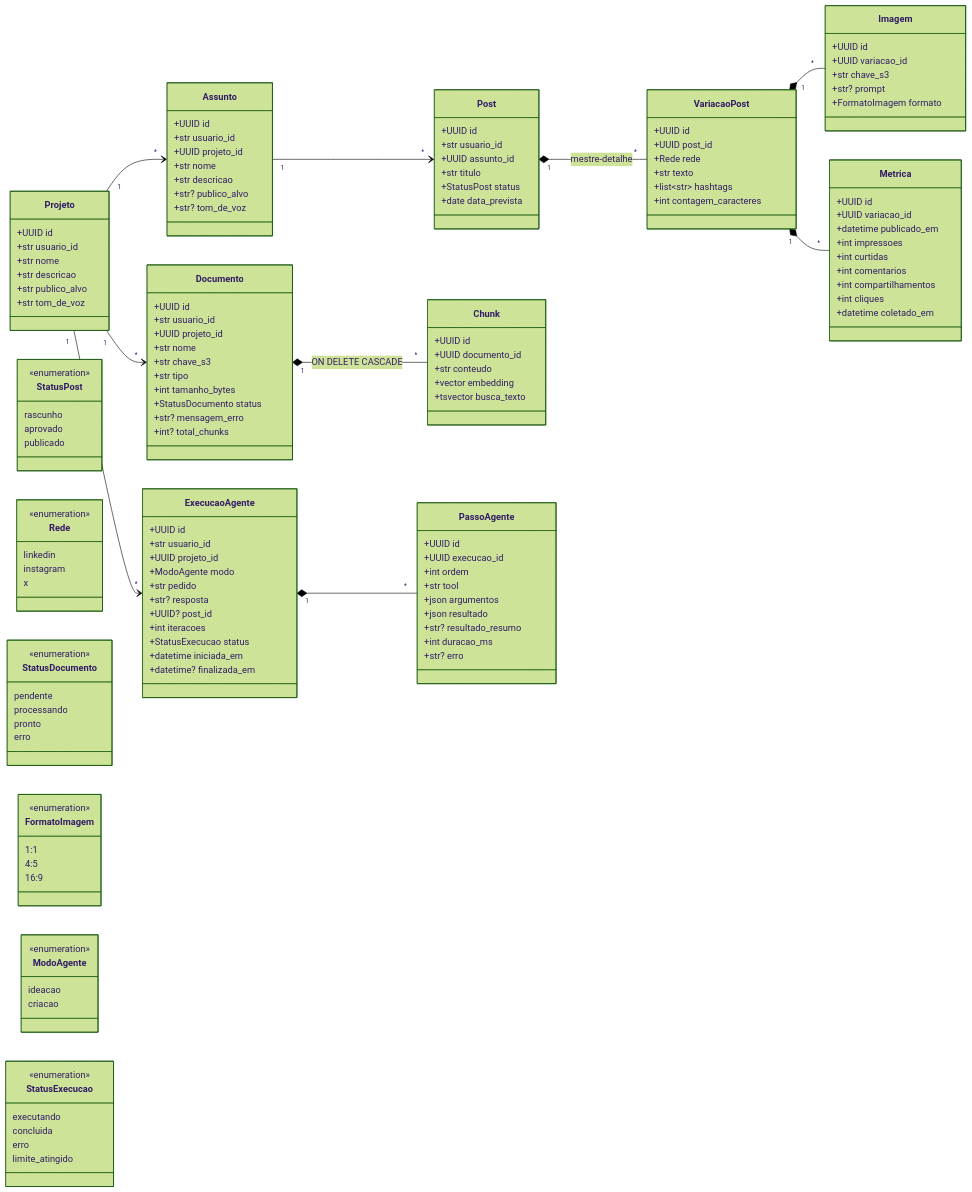
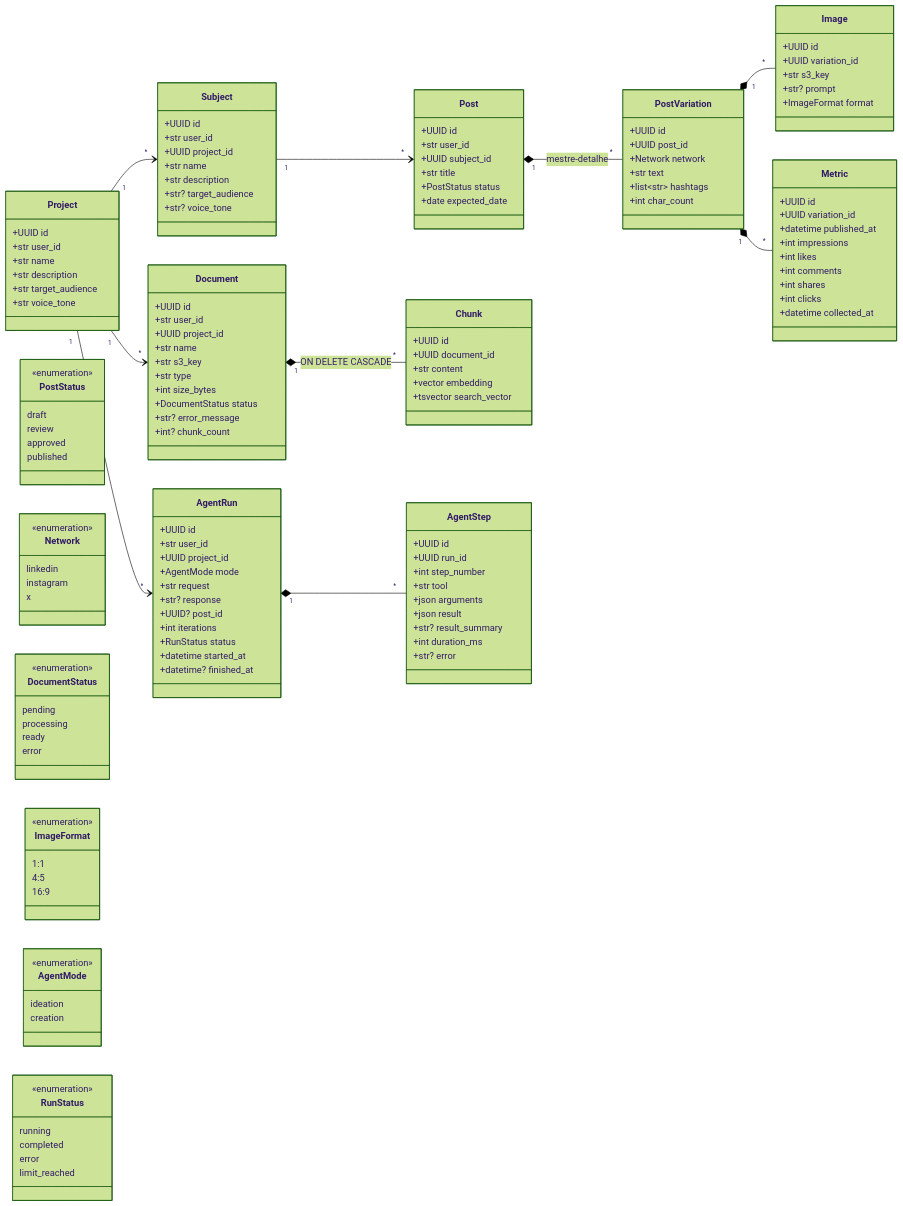
Before and after one commit to JonasRocha189/postpilot-ai: the diagram in _docs/modelo-de-dados.md, drawn with Mermaid (forest theme). The commit also changed other lines of this file and 27 other files, not shown here.

````diff
--- a/_docs/modelo-de-dados.md
+++ b/_docs/modelo-de-dados.md
@@ -12,160 +29,161 @@
 classDiagram
     direction LR
 
-    class Projeto {
+    class Project {
         +UUID id
-        +str usuario_id
-        +str nome
-        +str descricao
-        +str publico_alvo
-        +str tom_de_voz
+        +str user_id
+        +str name
+        +str description
+        +str target_audience
+        +str voice_tone
     }
 
-    class Assunto {
+    class Subject {
         +UUID id
-        +str usuario_id
-        +UUID projeto_id
-        +str nome
-        +str descricao
-        +str? publico_alvo
-        +str? tom_de_voz
+        +str user_id
+        +UUID project_id
+        +str name
+        +str description
+        +str? target_audience
+        +str? voice_tone
     }
 
     class Post {
         +UUID id
-        +str usuario_id
-        +UUID assunto_id
-        +str titulo
-        +StatusPost status
-        +date data_prevista
+        +str user_id
+        +UUID subject_id
+        +str title
+        +PostStatus status
+        +date expected_date
     }
 
-    class VariacaoPost {
+    class PostVariation {
         +UUID id
         +UUID post_id
-        +Rede rede
-        +str texto
+        +Network network
+        +str text
         +list~str~ hashtags
-        +int contagem_caracteres
+        +int char_count
     }
 
-    class Imagem {
+    class Image {
         +UUID id
-        +UUID variacao_id
-        +str chave_s3
+        +UUID variation_id
+        +str s3_key
         +str? prompt
-        +FormatoImagem formato
+        +ImageFormat format
     }
 
-    class Metrica {
+    class Metric {
         +UUID id
-        +UUID variacao_id
-        +datetime publicado_em
-        +int impressoes
-        +int curtidas
-        +int comentarios
-        +int compartilhamentos
-        +int cliques
-        +datetime coletado_em
+        +UUID variation_id
+        +datetime published_at
+        +int impressions
+        +int likes
+        +int comments
+        +int shares
+        +int clicks
+        +datetime collected_at
     }
 
-    class Documento {
+    class Document {
         +UUID id
-        +str usuario_id
-        +UUID projeto_id
-        +str nome
-        +str chave_s3
-        +str tipo
-        +int tamanho_bytes
-        +StatusDocumento status
-        +str? mensagem_erro
-        +int? total_chunks
+        +str user_id
+        +UUID project_id
+        +str name
+        +str s3_key
+        +str type
+        +int size_bytes
+        +DocumentStatus status
+        +str? error_message
+        +int? chunk_count
     }
 
     class Chunk {
         +UUID id
-        +UUID documento_id
-        +str conteudo
+        +UUID document_id
+        +str content
         +vector embedding
-        +tsvector busca_texto
+        +tsvector search_vector
     }
 
-    class ExecucaoAgente {
+    class AgentRun {
         +UUID id
-        +str usuario_id
-        +UUID projeto_id
-        +ModoAgente modo
-        +str pedido
-        +str? resposta
+        +str user_id
+        +UUID project_id
+        +AgentMode mode
+        +str request
+        +str? response
         +UUID? post_id
-        +int iteracoes
-        +StatusExecucao status
-        +datetime iniciada_em
-        +datetime? finalizada_em
+        +int iterations
+        +RunStatus status
+        +datetime started_at
+        +datetime? finished_at
     }
 
-    class PassoAgente {
+    class AgentStep {
         +UUID id
-        +UUID execucao_id
-        +int ordem
+        +UUID run_id
+        +int step_number
         +str tool
-        +json argumentos
-        +json resultado
-        +str? resultado_resumo
-        +int duracao_ms
-        +str? erro
+        +json arguments
+        +json result
+        +str? result_summary
+        +int duration_ms
+        +str? error
     }
 
-    class StatusPost {
+    class PostStatus {
         <<enumeration>>
-        rascunho
-        aprovado
-        publicado
+        draft
+        review
+        approved
+        published
     }
 
-    class Rede {
+    class Network {
         <<enumeration>>
         linkedin
         instagram
         x
     }
 
-    class StatusDocumento {
+    class DocumentStatus {
         <<enumeration>>
-        pendente
-        processando
-        pronto
-        erro
+        pending
+        processing
+        ready
+        error
     }
 
-    class FormatoImagem {
+    class ImageFormat {
         <<enumeration>>
         1:1
         4:5
         16:9
     }
 
-    class ModoAgente {
+    class AgentMode {
         <<enumeration>>
-        ideacao
-        criacao
+        ideation
+        creation
     }
 
-    class StatusExecucao {
+    class RunStatus {
         <<enumeration>>
-        executando
-        concluida
-        erro
-        limite_atingido
+        running
+        completed
+        error
+        limit_reached
     }
 
-    Projeto "1" --> "*" Assunto
-    Projeto "1" --> "*" Documento
-    Projeto "1" --> "*" ExecucaoAgente
-    Assunto "1" --> "*" Post
-    Post "1" *-- "*" VariacaoPost : mestre-detalhe
-    VariacaoPost "1" *-- "*" Imagem
-    VariacaoPost "1" *-- "*" Metrica
-    Documento "1" *-- "*" Chunk : ON DELETE CASCADE
-    ExecucaoAgente "1" *-- "*" PassoAgente
+    Project "1" --> "*" Subject
+    Project "1" --> "*" Document
+    Project "1" --> "*" AgentRun
+    Subject "1" --> "*" Post
+    Post "1" *-- "*" PostVariation : mestre-detalhe
+    PostVariation "1" *-- "*" Image
+    PostVariation "1" *-- "*" Metric
+    Document "1" *-- "*" Chunk : ON DELETE CASCADE
+    AgentRun "1" *-- "*" AgentStep
 ```
````
